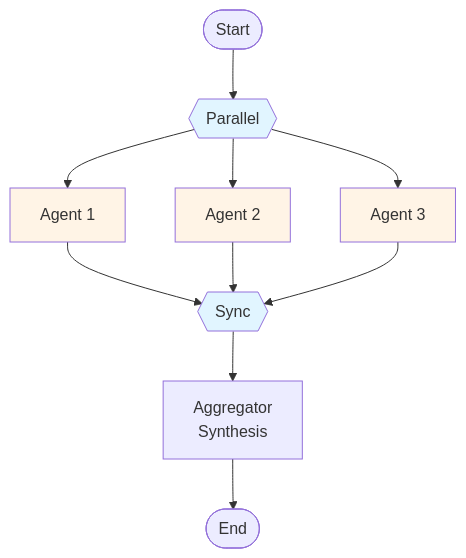
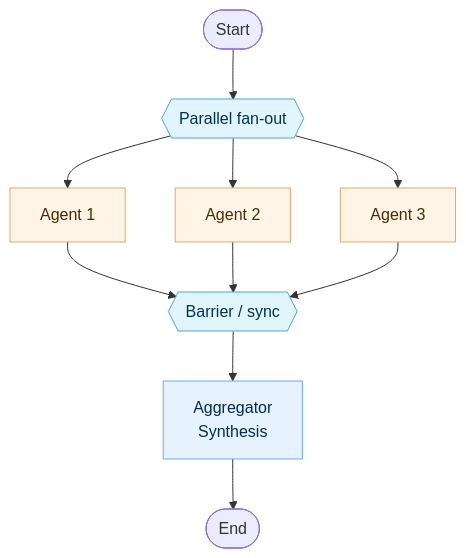
The first of 4 diagrams in docs/agent-org.mdx (AntigmaLabs/ante-preview), drawn with Mermaid before and after one commit. The commit also changed other lines of this file and 3 other files, not shown here.

````diff
--- a/docs/agent-org.mdx
+++ b/docs/agent-org.mdx
@@ -14,21 +14,22 @@
 ```mermaid
 flowchart TB
-    Start([Start]) --> Par{{"Parallel"}}
+  classDef control fill:#e1f5ff,stroke:#4aa3df,color:#00324d;
+  classDef agent fill:#fff4e6,stroke:#e0a96d,color:#4a2c00;
+  classDef agg fill:#e6f3ff,stroke:#6ea8fe,color:#002b55;
 
-    Par --> A1[Agent 1]
-    Par --> A2[Agent 2]
-    Par --> A3[Agent 3]
+  Start([Start]) --> Fanout{{Parallel fan-out}}
+  Fanout --> A1[Agent 1]
+  Fanout --> A2[Agent 2]
+  Fanout --> A3[Agent 3]
 
-    A1 --> Sync{{"Sync"}}
-    A2 --> Sync
-    A3 --> Sync
+  A1 --> Barrier{{Barrier / sync}}
+  A2 --> Barrier
+  A3 --> Barrier
 
-    Sync --> Agg[Aggregator<br/>Synthesis]
-    Agg --> End([End])
+  Barrier --> Agg[Aggregator<br/>Synthesis]
+  Agg --> End([End])
 
-    style Par fill:#e1f5ff
-    style Sync fill:#e1f5ff
-    style A1 fill:#fff4e6
-    style A2 fill:#fff4e6
-    style A3 fill:#fff4e6
+  class Fanout,Barrier control;
+  class A1,A2,A3 agent;
+  class Agg agg;
 ```
````
